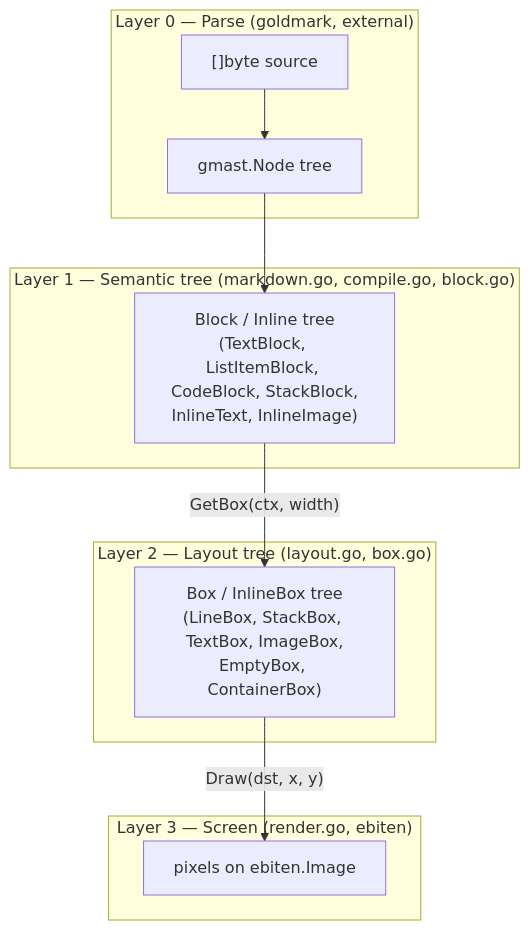
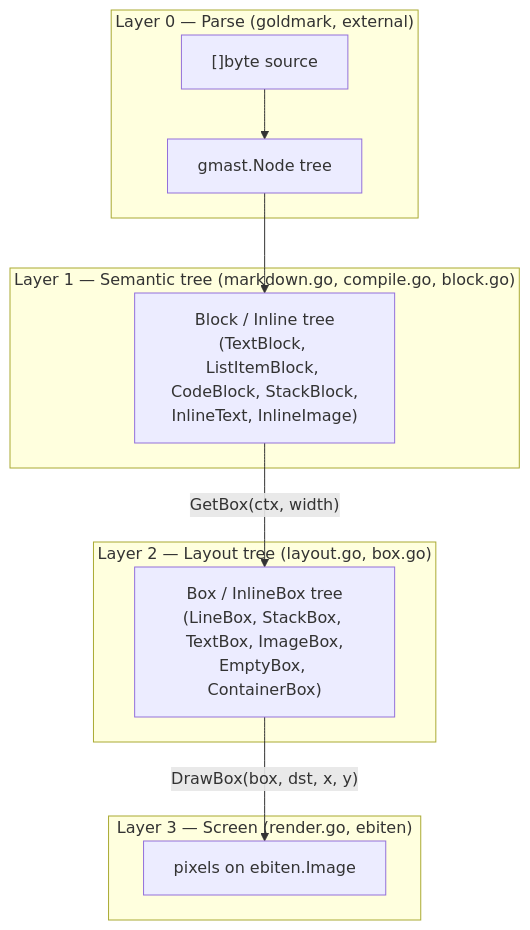
The diagram in ARCHITECTURE.md (arnodel/whynot), drawn with Mermaid before and after one commit. The commit also changed other lines of this file and 14 other files, not shown here.

````diff
--- a/ARCHITECTURE.md
+++ b/ARCHITECTURE.md
@@ -10,15 +24,15 @@
 ```mermaid
 flowchart TD
     subgraph L0["Layer 0 — Parse (goldmark, external)"]
         A["[]byte source"] --> B["gmast.Node tree"]
     end
     subgraph L1["Layer 1 — Semantic tree (markdown.go, compile.go, block.go)"]
         B --> C["Block / Inline tree\n(TextBlock, ListItemBlock, CodeBlock, StackBlock,\nInlineText, InlineImage)"]
     end
     subgraph L2["Layer 2 — Layout tree (layout.go, box.go)"]
         C -- "GetBox(ctx, width)" --> D["Box / InlineBox tree\n(LineBox, StackBox, TextBox, ImageBox,\nEmptyBox, ContainerBox)"]
     end
     subgraph L3["Layer 3 — Screen (render.go, ebiten)"]
-        D -- "Draw(dst, x, y)" --> E["pixels on ebiten.Image"]
+        D -- "DrawBox(box, dst, x, y)" --> E["pixels on ebiten.Image"]
     end
 ```
````
